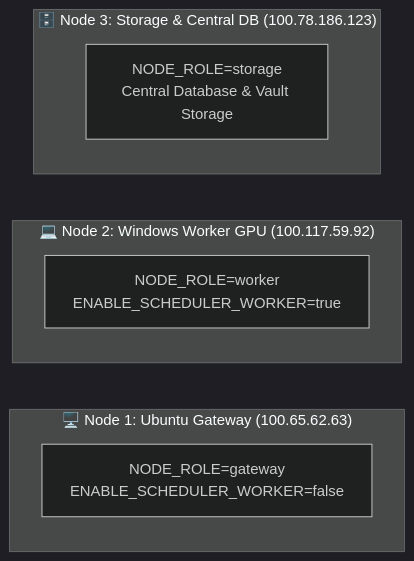
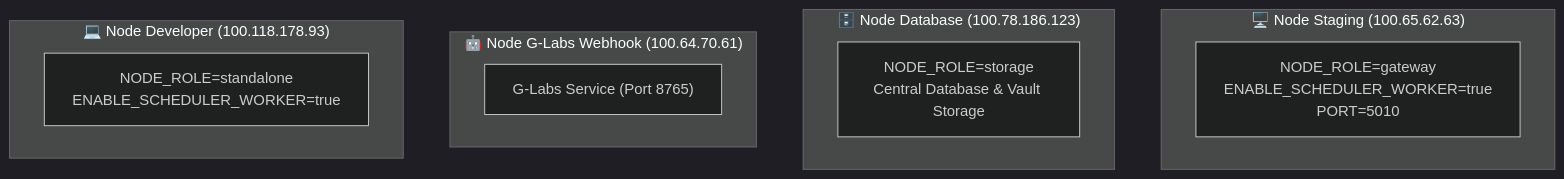
Before and after one commit to sabeq83/maknaflow: the first of 2 diagrams in sot/global/MAKNA_FLOW_DISTRIBUTED_ARCHITECTURE_SOT.md, drawn with Mermaid (dark theme). The commit also changed other lines of this file and 13 other files, not shown here.

````diff
--- a/sot/global/MAKNA_FLOW_DISTRIBUTED_ARCHITECTURE_SOT.md
+++ b/sot/global/MAKNA_FLOW_DISTRIBUTED_ARCHITECTURE_SOT.md
@@ -35,14 +36,18 @@
 ```mermaid
-graph LR
-    subgraph NODE1["🖥️ Node 1: Ubuntu Gateway (100.65.62.63)"]
-        N1_Role["NODE_ROLE=gateway<br/>ENABLE_SCHEDULER_WORKER=false"]
+graph TD
+    subgraph STAGING_NODE ["🖥️ Node Staging (100.65.62.63)"]
+        N1_Role["NODE_ROLE=gateway<br/>ENABLE_SCHEDULER_WORKER=true<br/>PORT=5010"]
     end
 
-    subgraph NODE2["💻 Node 2: Windows Worker GPU (100.117.59.92)"]
-        N2_Role["NODE_ROLE=worker<br/>ENABLE_SCHEDULER_WORKER=true"]
+    subgraph DB_NODE ["🗄️ Node Database (100.78.186.123)"]
+        N3_Role["NODE_ROLE=storage<br/>Central Database & Vault Storage"]
     end
 
-    subgraph NODE3["🗄️ Node 3: Storage & Central DB (100.78.186.123)"]
-        N3_Role["NODE_ROLE=storage<br/>Central Database & Vault Storage"]
+    subgraph GLABS_NODE ["🤖 Node G-Labs Webhook (100.64.70.61)"]
+        GLabs["G-Labs Service (Port 8765)"]
+    end
+
+    subgraph DEV_NODE ["💻 Node Developer (100.118.178.93)"]
+        Dev_Role["NODE_ROLE=standalone<br/>ENABLE_SCHEDULER_WORKER=true"]
     end
 ```
````
